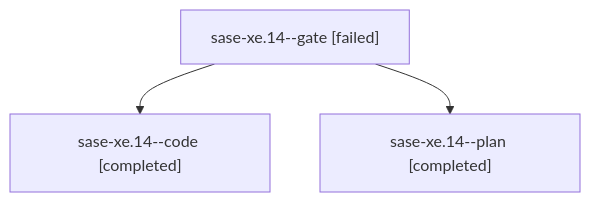
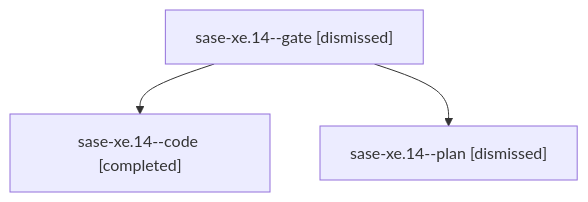
Before and after one commit to sase-org/sase--agents: the diagram in families/bbugyi200.athena.sase-xe.14.md, drawn with Mermaid. The commit also changed other lines of this file and 305 other files, not shown here.

````diff
--- a/families/bbugyi200.athena.sase-xe.14.md
+++ b/families/bbugyi200.athena.sase-xe.14.md
@@ -9,8 +9,8 @@
 ```mermaid
 flowchart TD
-  n0["sase-xe.14--gate [failed]"]
+  n0["sase-xe.14--gate [dismissed]"]
   n1["sase-xe.14--code [completed]"]
   n0 --> n1
-  n2["sase-xe.14--plan [completed]"]
+  n2["sase-xe.14--plan [dismissed]"]
   n0 --> n2
 ```
````
